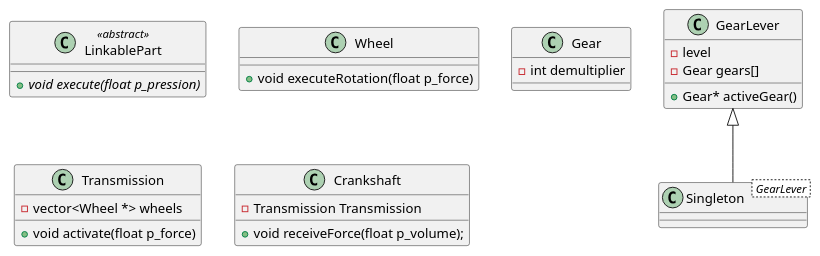
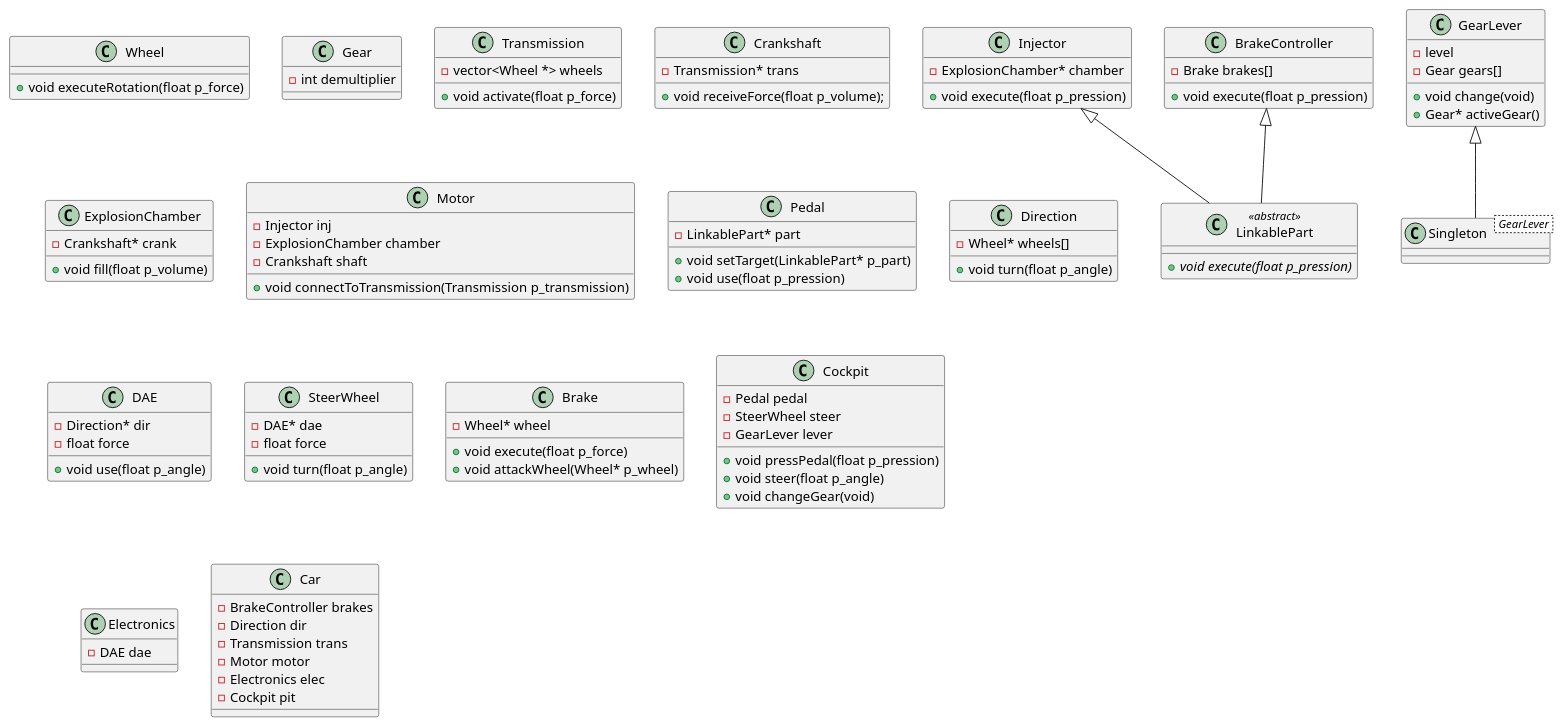
The diagram in 02/subject.puml (elleagn/piscine-object), drawn with PlantUML before and after one commit.

Commit message:
Finish adding classes

```diff
--- a/02/subject.puml
+++ b/02/subject.puml
@@ -1,35 +1,112 @@
 @startuml Car
 class LinkablePart <<abstract>> {
     {abstract} +void execute(float p_pression)
 }
 
 class Wheel {
     +void executeRotation(float p_force)
 }
 
 class Gear {
     -int demultiplier
 }
 
 class GearLever {
     -level
     - Gear gears[]
+    +void change(void)
     +Gear* activeGear()
 }
 
 class Singleton< GearLever > {
 
 }
 
 class Transmission {
     -vector<Wheel *> wheels
     +void activate(float p_force)
 }
 
 class Crankshaft {
-    -Transmission Transmission
+    -Transmission* trans
     +void receiveForce(float p_volume);
 }
 
+class ExplosionChamber {
+    -Crankshaft* crank
+    +void fill(float p_volume)
+}
+
+class Injector {
+    -ExplosionChamber* chamber
+    +void execute(float p_pression)
+}
+
+class Motor {
+    -Injector inj
+    -ExplosionChamber chamber
+    -Crankshaft shaft
+    +void connectToTransmission(Transmission p_transmission)
+}
+
+class Pedal {
+    -LinkablePart* part
+    +void setTarget(LinkablePart* p_part)
+    +void use(float p_pression)
+}
+
+class Direction {
+    -Wheel* wheels[]
+    +void turn(float p_angle)
+}
+
+class DAE {
+    -Direction* dir
+    -float force
+    +void use(float p_angle)
+}
+
+class SteerWheel {
+    -DAE* dae
+    -float force
+    +void turn(float p_angle)
+}
+
+class Brake {
+    -Wheel* wheel
+    +void execute(float p_force)
+    +void attackWheel(Wheel* p_wheel)
+}
+
+class BrakeController {
+    -Brake brakes[]
+    +void execute(float p_pression)
+}
+
+class Cockpit {
+    -Pedal pedal
+    -SteerWheel steer
+    -GearLever lever
+    +void pressPedal(float p_pression)
+    +void steer(float p_angle)
+    +void changeGear(void)
+}
+
+class Electronics {
+    -DAE dae
+}
+
+class Car {
+    -BrakeController brakes
+    -Direction dir
+    -Transmission trans
+    -Motor motor
+    -Electronics elec
+    -Cockpit pit
+}
+
+BrakeController <|-- LinkablePart
+Injector <|-- LinkablePart
 GearLever <|-- Singleton
+
 @enduml
```
